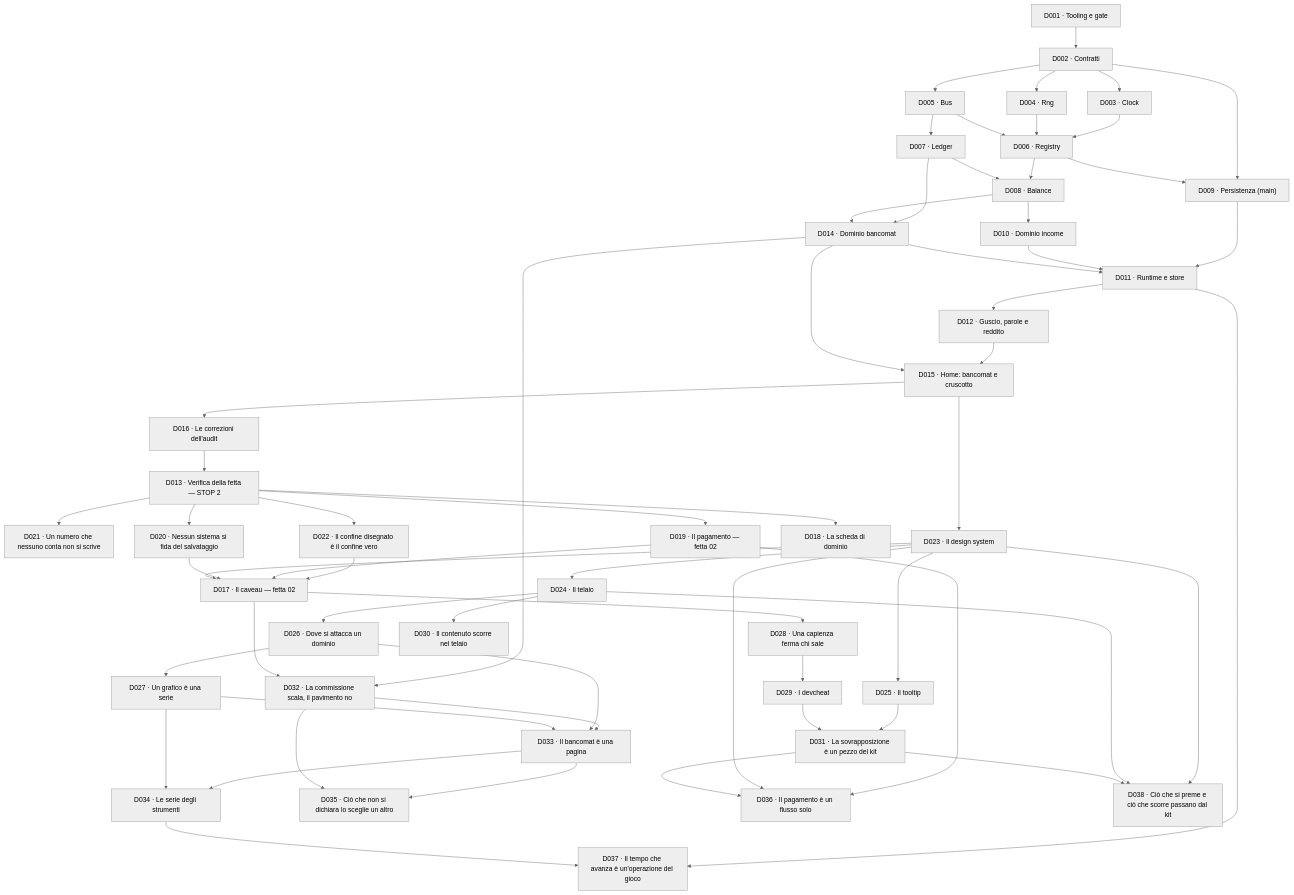
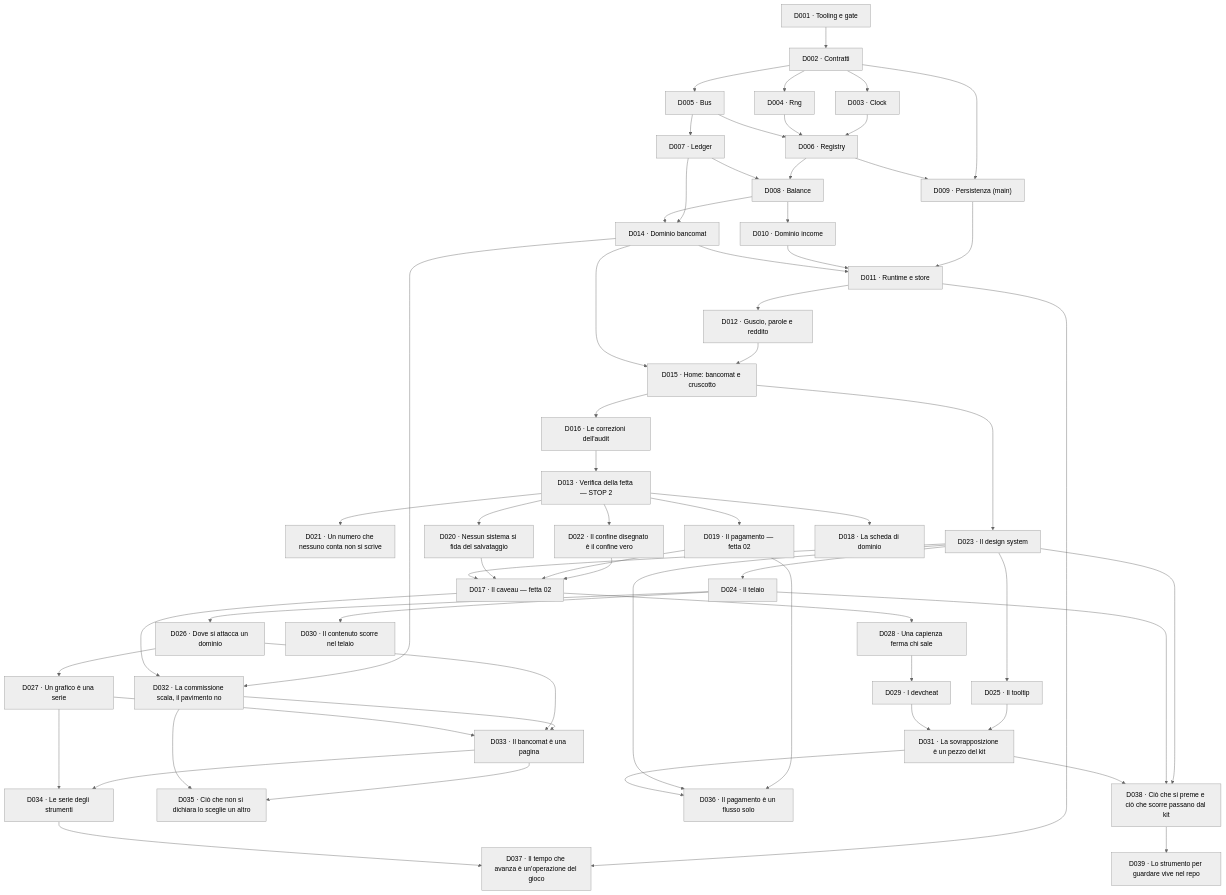
The diagram in docs/delega/README.md (devfrx/solvent), drawn with Mermaid (neutral theme) before and after one commit. The commit also changed other lines of this file and 13 other files, not shown here.

````diff
--- a/docs/delega/README.md
+++ b/docs/delega/README.md
@@ -74,62 +74,63 @@
 ```mermaid
 flowchart TD
   D001["D001 · Tooling e gate"] --> D002["D002 · Contratti"]
   D002 --> D003["D003 · Clock"]
   D002 --> D004["D004 · Rng"]
   D002 --> D005["D005 · Bus"]
   D003 --> D006["D006 · Registry"]
   D004 --> D006
   D005 --> D006
   D005 --> D007["D007 · Ledger"]
   D006 --> D008["D008 · Balance"]
   D007 --> D008
   D002 --> D009["D009 · Persistenza (main)"]
   D006 --> D009
   D008 --> D010["D010 · Dominio income"]
   D007 --> D014["D014 · Dominio bancomat"]
   D008 --> D014
   D009 --> D011["D011 · Runtime e store"]
   D010 --> D011
   D014 --> D011
   D011 --> D012["D012 · Guscio, parole e reddito"]
   D012 --> D015["D015 · Home: bancomat e cruscotto"]
   D014 --> D015
   D015 --> D016["D016 · Le correzioni dell'audit"]
   D016 --> D013["D013 · Verifica della fetta — STOP 2"]
   D013 --> D021["D021 · Un numero che nessuno conta non si scrive"]
   D013 --> D022["D022 · Il confine disegnato è il confine vero"]
   D022 --> D017
   D013 --> D019["D019 · Il pagamento — fetta 02"]
   D013 --> D020["D020 · Nessun sistema si fida del salvataggio"]
   D015 --> D023["D023 · Il design system"]
   D019 --> D017["D017 · Il caveau — fetta 02"]
   D020 --> D017
   D023 --> D017
   D013 --> D018["D018 · La scheda di dominio"]
   D023 --> D024["D024 · Il telaio"]
   D023 --> D025["D025 · Il tooltip"]
   D024 --> D026["D026 · Dove si attacca un dominio"]
   D026 --> D027["D027 · Un grafico è una serie"]
   D017 --> D028["D028 · Una capienza ferma chi sale"]
   D028 --> D029["D029 · I devcheat"]
   D024 --> D030["D030 · Il contenuto scorre nel telaio"]
   D025 --> D031["D031 · La sovrapposizione è un pezzo del kit"]
   D029 --> D031
   D014 --> D032["D032 · La commissione scala, il pavimento no"]
   D017 --> D032
   D032 --> D033["D033 · Il bancomat è una pagina"]
   D026 --> D033
   D027 --> D033
   D033 --> D034["D034 · Le serie degli strumenti"]
   D027 --> D034
   D033 --> D035["D035 · Ciò che non si dichiara lo sceglie un altro"]
   D032 --> D035
   D019 --> D036["D036 · Il pagamento è un flusso solo"]
   D023 --> D036
   D031 --> D036
   D011 --> D037["D037 · Il tempo che avanza è un'operazione del gioco"]
   D034 --> D037
   D023 --> D038["D038 · Ciò che si preme e ciò che scorre passano dal kit"]
   D024 --> D038
   D031 --> D038
+  D038 --> D039["D039 · Lo strumento per guardare vive nel repo"]
 ```
````
